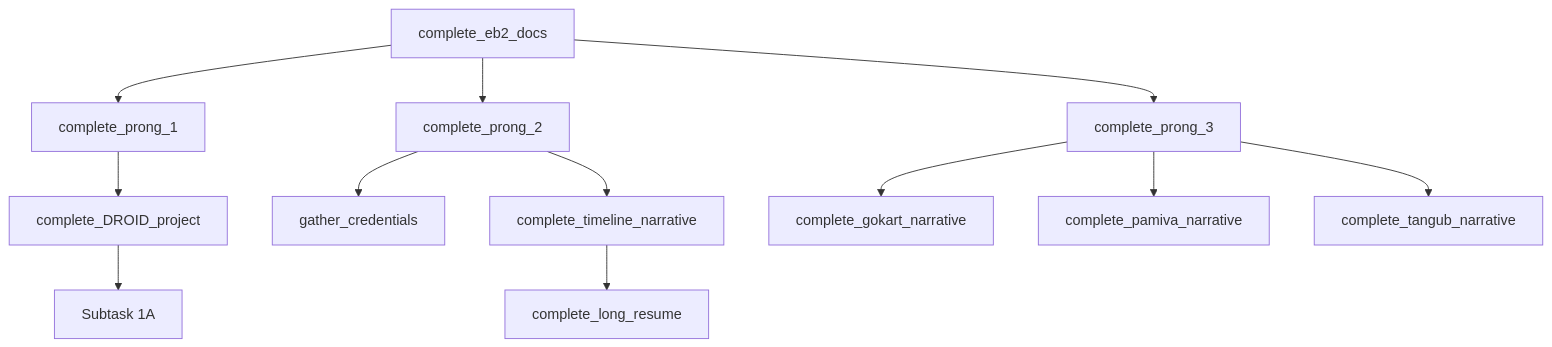
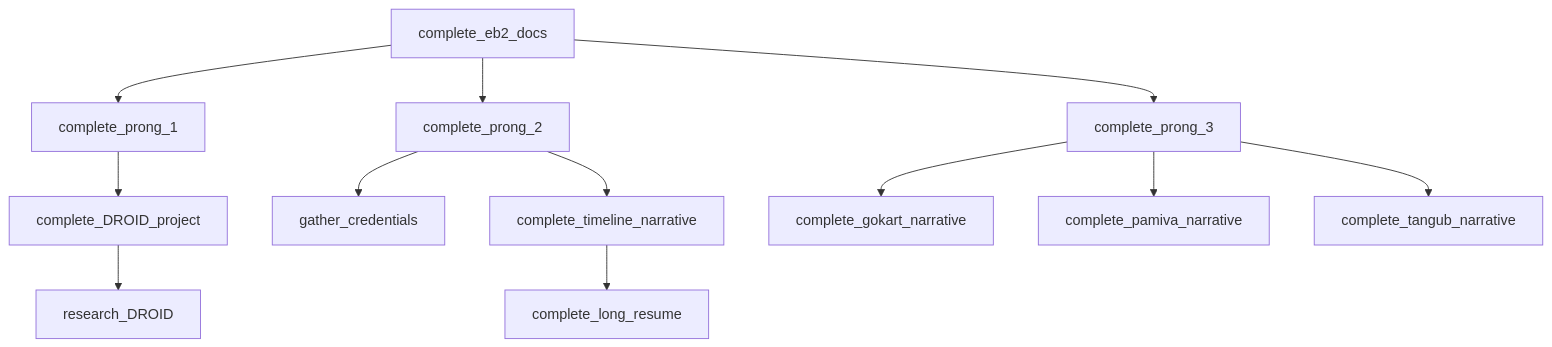
One commit to SuzyQuant/SuzyQuant changed the diagram in notes/practice/eb2.md. Above: the diagram before and after it, drawn with Mermaid.

````diff
--- a/notes/practice/eb2.md
+++ b/notes/practice/eb2.md
@@ -2,20 +2,20 @@
 ```mermaid
 flowchart TD
     A[complete_eb2_docs] --> B[complete_prong_1]
     A[complete_eb2_docs] --> C[complete_prong_2]
     A[complete_eb2_docs] --> D[complete_prong_3]
 
     B --> E[complete_DROID_project]
 
     C --> F[gather_credentials]
     C --> G[complete_timeline_narrative]
 
     D --> H[complete_gokart_narrative]
     D --> I[complete_pamiva_narrative]
     D --> J[complete_tangub_narrative]
 
-    E --> K[Subtask 1A]
+    E --> K[research_DROID]
 
     G --> L[complete_long_resume]
 
 ```
````
